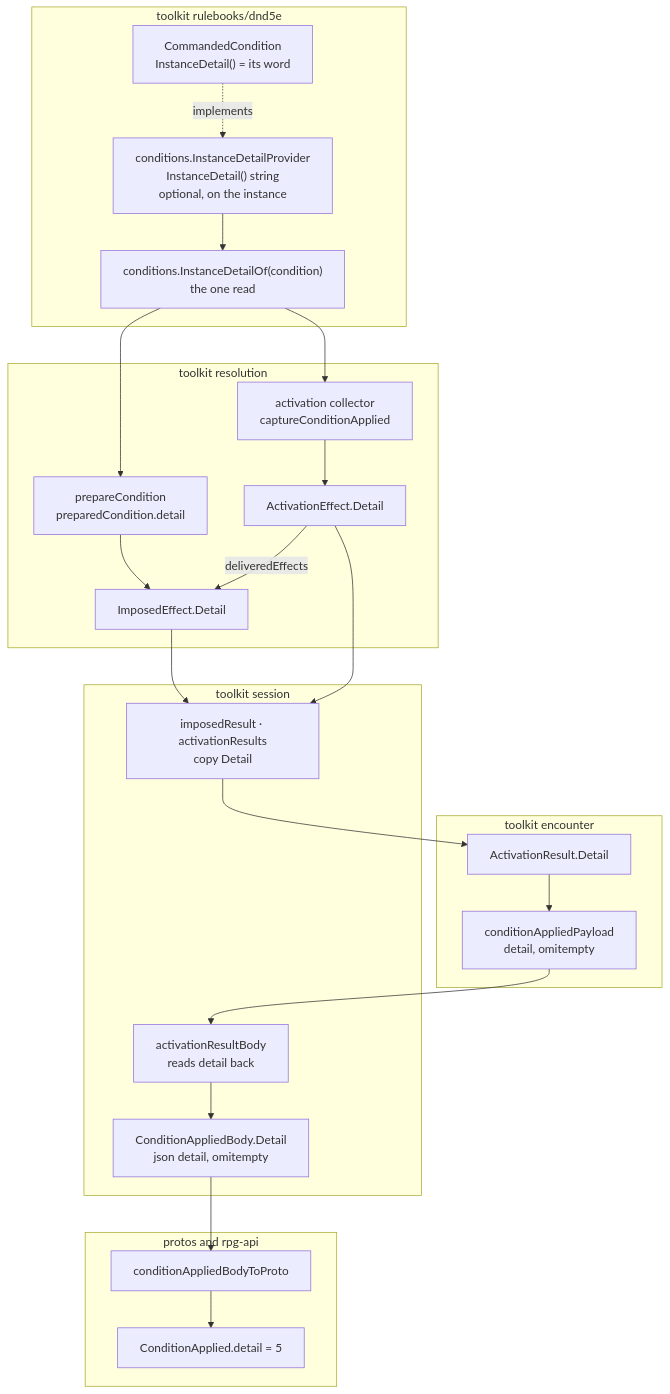
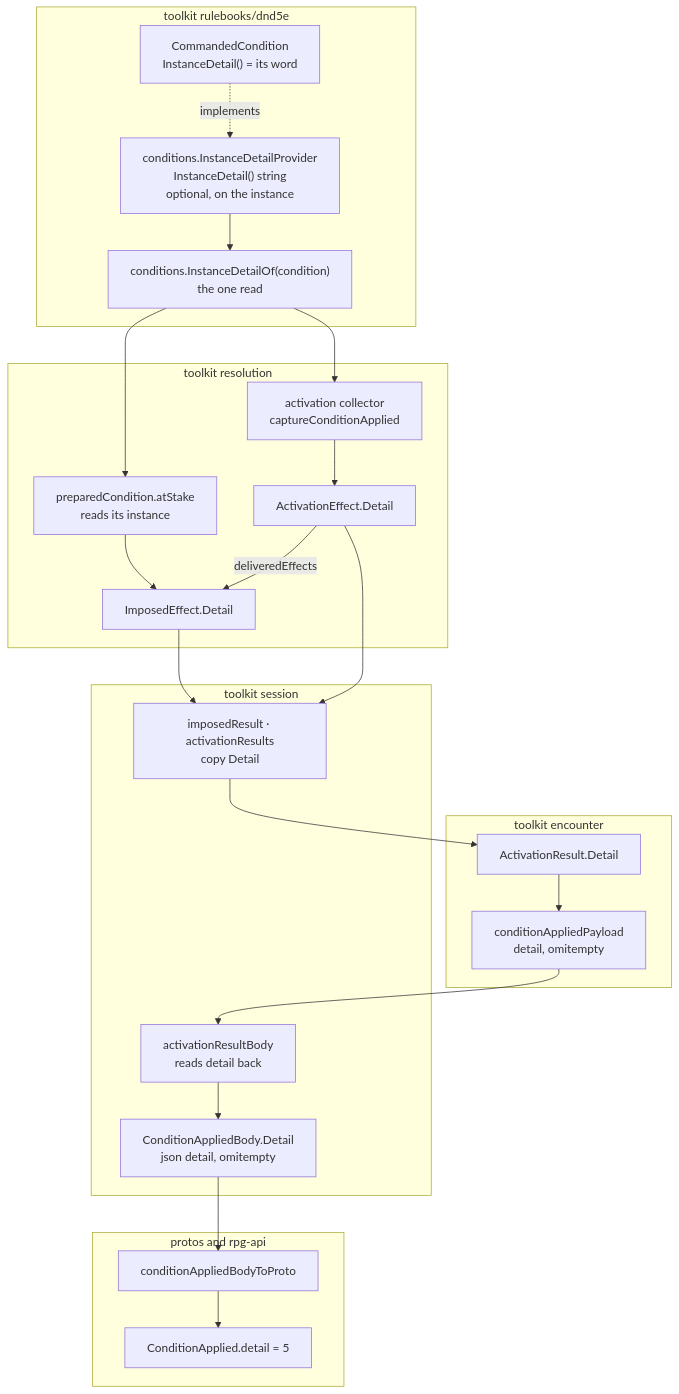
Before and after one commit to KirkDiggler/rpg-project: the diagram in ideas/condition-detail/design.md, drawn with Mermaid. The commit also changed other lines of this file and 2 other files, not shown here.

First line of the commit message:
design: condition detail — gate Minors on #566

````diff
--- a/ideas/condition-detail/design.md
+++ b/ideas/condition-detail/design.md
@@ -10,41 +10,41 @@
 ```mermaid
 flowchart TB
     subgraph root[toolkit rulebooks/dnd5e]
         IDP["conditions.InstanceDetailProvider<br/>InstanceDetail() string<br/>optional, on the instance"]
         CMD["CommandedCondition<br/>InstanceDetail() = its word"]
         OF["conditions.InstanceDetailOf(condition)<br/>the one read"]
         CMD -.implements.-> IDP
         IDP --> OF
     end
     subgraph res[toolkit resolution]
-        PREP["prepareCondition<br/>preparedCondition.detail"]
+        PREP["preparedCondition.atStake<br/>reads its instance"]
         COL["activation collector<br/>captureConditionApplied"]
         IE["ImposedEffect.Detail"]
         AE["ActivationEffect.Detail"]
         PREP --> IE
         COL --> AE
         AE -->|deliveredEffects| IE
     end
     subgraph enc[toolkit encounter]
         AR["ActivationResult.Detail"]
         PAY["conditionAppliedPayload<br/>detail, omitempty"]
         AR --> PAY
     end
     subgraph ses[toolkit session]
         IR["imposedResult · activationResults<br/>copy Detail"]
         DEC["activationResultBody<br/>reads detail back"]
         BODY["ConditionAppliedBody.Detail<br/>json detail, omitempty"]
         DEC --> BODY
     end
     subgraph wire[protos and rpg-api]
         PB["ConditionApplied.detail = 5"]
         CONV["conditionAppliedBodyToProto"]
     end
     OF --> PREP
     OF --> COL
     IE --> IR
     AE --> IR
     IR --> AR
     PAY --> DEC
     BODY --> CONV --> PB
 ```
````
